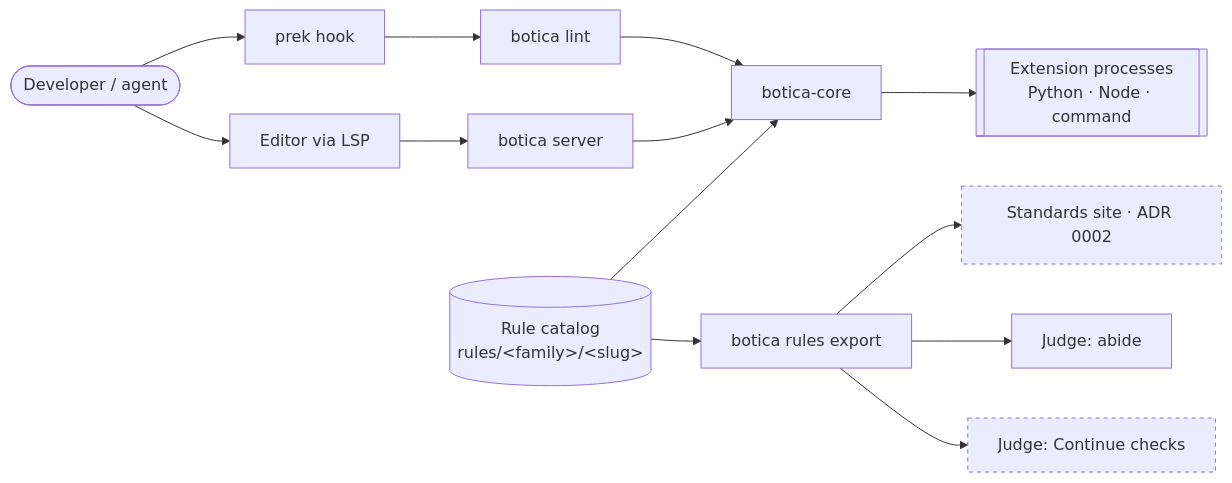
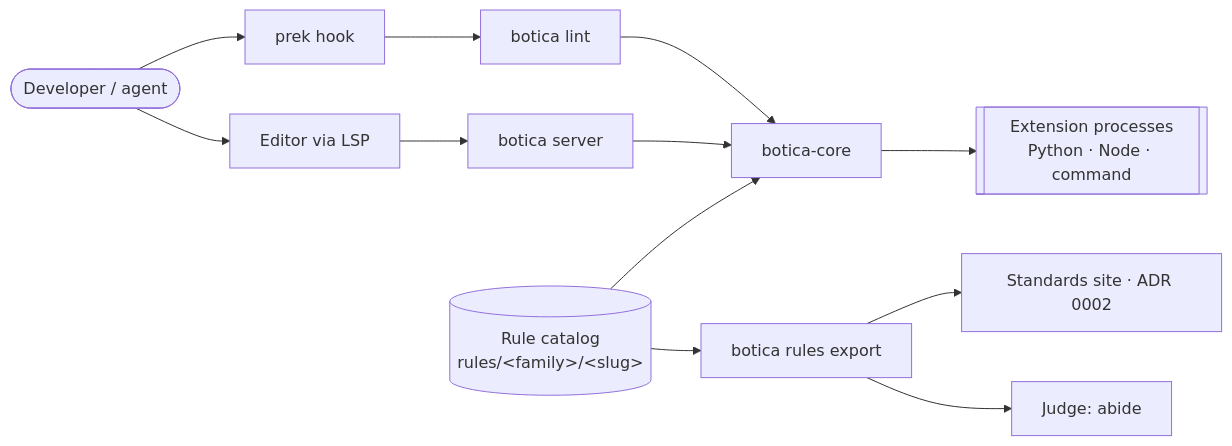
Before and after one commit to collectiveai-team/botica: the first of 2 diagrams in docs/adr/0003-botica-lint-architecture.md, drawn with Mermaid. The commit also changed other lines of this file and 1 other file, not shown here.

Commit message:
docs(adr): drop the export formats nobody uses and what is already built from the plan

````diff
--- a/docs/adr/0003-botica-lint-architecture.md
+++ b/docs/adr/0003-botica-lint-architecture.md
@@ -25,15 +25,13 @@
 ```mermaid
 flowchart LR
   dev([Developer / agent]) --> prek[prek hook]
   dev --> ide[Editor via LSP]
   prek --> cli[botica lint]
   ide --> lsp[botica server]
   cli & lsp --> core[botica-core]
   core --> ext[[Extension processes<br/>Python · Node · command]]
   catalog[(Rule catalog<br/>rules/&lt;family&gt;/&lt;slug&gt;)] --> core
   catalog --> export[botica rules export]
-  export --> site[Standards site · ADR 0002]:::planned
+  export --> site[Standards site · ADR 0002]
   export --> abide[Judge: abide]
-  export --> continue[Judge: Continue checks]:::planned
-  classDef planned stroke-dasharray: 4 4
 ```
````
